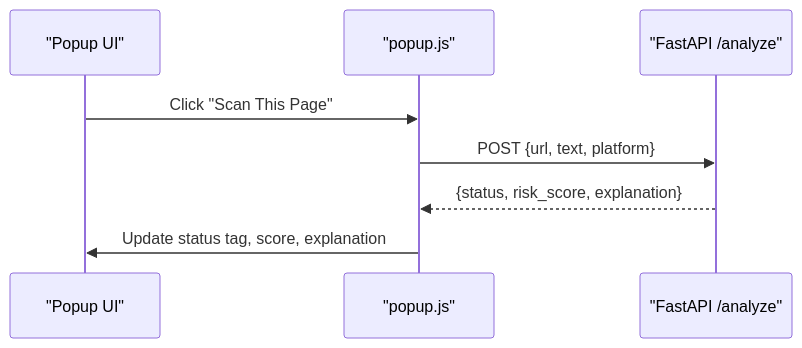
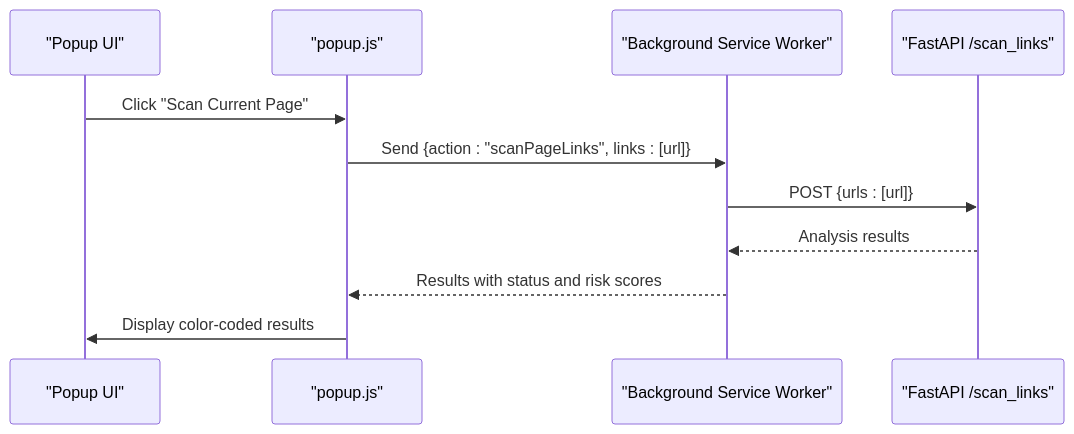
Before and after one commit to Aymanaahh/scrollguard-ai: the fifth of 7 diagrams in .qoder/repowiki/en/content/Chrome Extension Development.md, drawn with Mermaid. The commit also changed other lines of this file and 36 other files, not shown here.

````diff
--- a/.qoder/repowiki/en/content/Chrome Extension Development.md
+++ b/.qoder/repowiki/en/content/Chrome Extension Development.md
@@ -258,10 +259,13 @@
 ```mermaid
 sequenceDiagram
 participant UI as "Popup UI"
 participant JS as "popup.js"
-participant API as "FastAPI /analyze"
-UI->>JS : Click "Scan This Page"
-JS->>API : POST {url, text, platform}
-API-->>JS : {status, risk_score, explanation}
-JS->>UI : Update status tag, score, explanation
+participant BG as "Background Service Worker"
+participant API as "FastAPI /scan_links"
+UI->>JS : Click "Scan Current Page"
+JS->>BG : Send {action : "scanPageLinks", links : [url]}
+BG->>API : POST {urls : [url]}
+API-->>BG : Analysis results
+BG-->>JS : Results with status and risk scores
+JS->>UI : Display color-coded results
 ```
````
